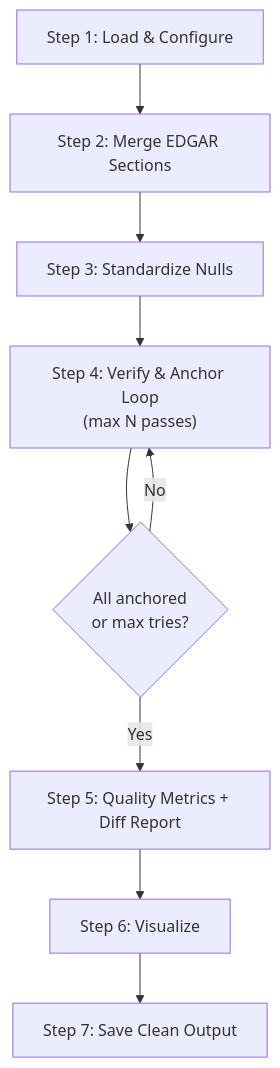
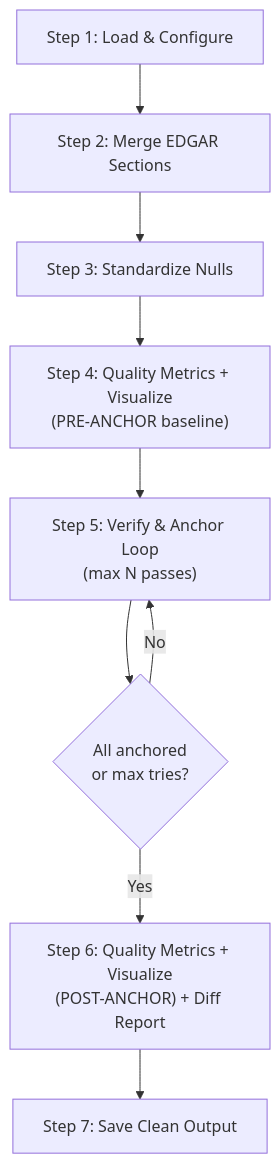
The diagram in docs/plan/cleanup_pipeline_plan.md (dersual/EDGAR-Haystack), drawn with Mermaid before and after one commit. The commit also changed other lines of this file and 6 other files, not shown here.

````diff
--- a/docs/plan/cleanup_pipeline_plan.md
+++ b/docs/plan/cleanup_pipeline_plan.md
@@ -67,11 +67,11 @@
 ```mermaid
 graph TD
     A["Step 1: Load & Configure"] --> B["Step 2: Merge EDGAR Sections"]
     B --> C["Step 3: Standardize Nulls"]
-    C --> D["Step 4: Verify & Anchor Loop<br/>(max N passes)"]
-    D --> E{"All anchored<br/>or max tries?"}
-    E -->|No| D
-    E -->|Yes| F["Step 5: Quality Metrics + Diff Report"]
-    F --> G["Step 6: Visualize"]
+    C --> D["Step 4: Quality Metrics + Visualize<br/>(PRE-ANCHOR baseline)"]
+    D --> E["Step 5: Verify & Anchor Loop<br/>(max N passes)"]
+    E --> F{"All anchored<br/>or max tries?"}
+    F -->|No| E
+    F -->|Yes| G["Step 6: Quality Metrics + Visualize<br/>(POST-ANCHOR) + Diff Report"]
     G --> H["Step 7: Save Clean Output"]
 ```
````
